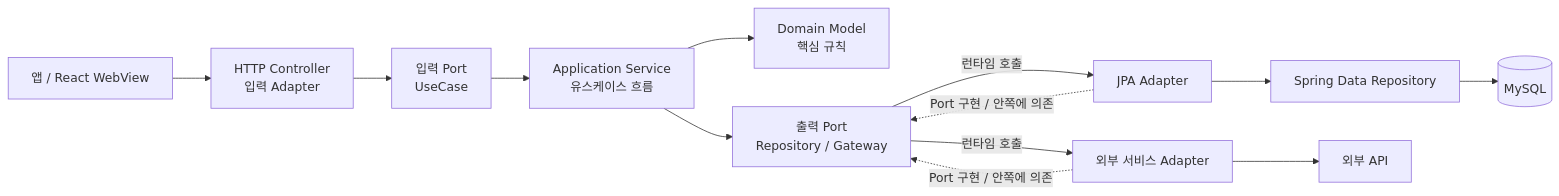
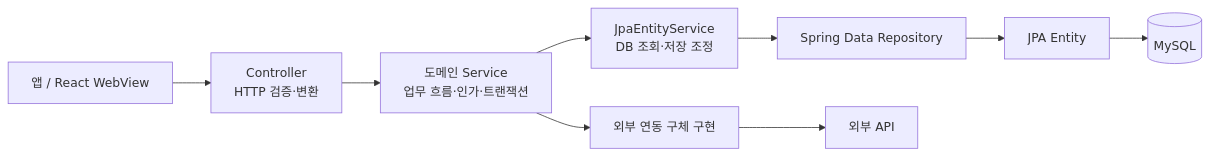
The diagram in docs/architecture.md (DongHyeonEom/umji-market-api), drawn with Mermaid before and after one commit. The commit also changed other lines of this file and 5 other files, not shown here.

Commit message:
docs: update layered architecture status

````diff
--- a/docs/architecture.md
+++ b/docs/architecture.md
@@ -11,15 +9,11 @@
 ```mermaid
 flowchart LR
-    Client["앱 / React WebView"] --> Controller["HTTP Controller<br/>입력 Adapter"]
-    Controller --> InputPort["입력 Port<br/>UseCase"]
-    InputPort --> Application["Application Service<br/>유스케이스 흐름"]
-    Application --> Domain["Domain Model<br/>핵심 규칙"]
-    Application --> OutputPort["출력 Port<br/>Repository / Gateway"]
-    OutputPort -->|런타임 호출| JpaAdapter["JPA Adapter"]
-    JpaAdapter --> SpringData["Spring Data Repository"]
-    SpringData --> Database[("MySQL")]
-    OutputPort -->|런타임 호출| ExternalAdapter["외부 서비스 Adapter"]
-    ExternalAdapter --> External["외부 API"]
-    JpaAdapter -. "Port 구현 / 안쪽에 의존" .-> OutputPort
-    ExternalAdapter -. "Port 구현 / 안쪽에 의존" .-> OutputPort
+    Client["앱 / React WebView"] --> Controller["Controller<br/>HTTP 검증·변환"]
+    Controller --> Service["도메인 Service<br/>업무 흐름·인가·트랜잭션"]
+    Service --> JpaService["JpaEntityService<br/>DB 조회·저장 조정"]
+    JpaService --> Repository["Spring Data Repository"]
+    Repository --> Entity["JPA Entity"]
+    Entity --> Database[("MySQL")]
+    Service --> Integration["외부 연동 구체 구현"]
+    Integration --> External["외부 API"]
 ```
````
